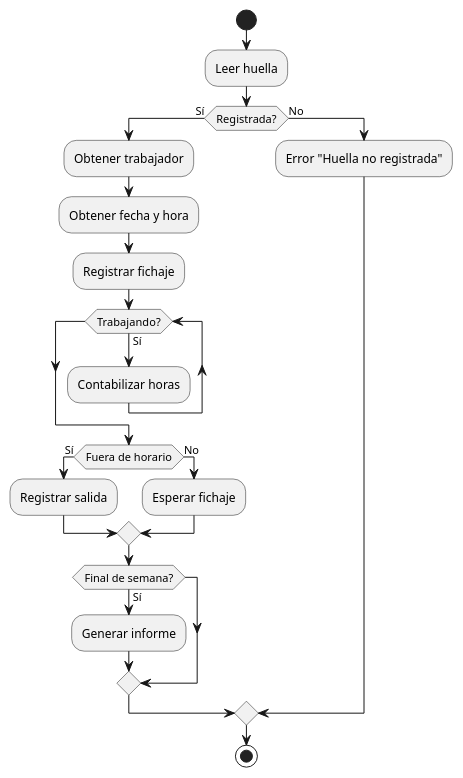
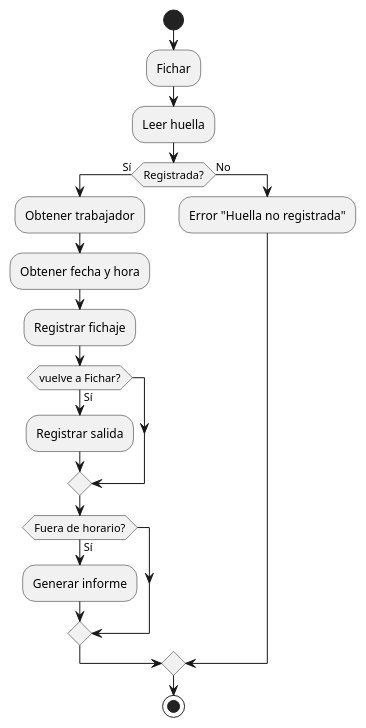
The diagram in modelosUML/modeloDominio/diagramaFlujo.puml (mmasias/23-24-IdSw1-SDR), drawn with PlantUML before and after one commit. The commit also changed 13 other files, not shown here.

Commit message:
modify-README-files-and-diagrams-and-prototipe-images

```diff
--- a/modelosUML/modeloDominio/diagramaFlujo.puml
+++ b/modelosUML/modeloDominio/diagramaFlujo.puml
@@ -1,27 +1,22 @@
-@startuml
+@startuml Diagrama de flujo
 
 start
-
+:Fichar;
 :Leer huella;
 if (Registrada?) then (Sí)
   :Obtener trabajador;
   :Obtener fecha y hora;
   :Registrar fichaje;
-  while (Trabajando?) is (Sí)
-    :Contabilizar horas;
-  endwhile
-  if (Fuera de horario) then (Sí) 
+  if (vuelve a Fichar?) then (Sí) 
     :Registrar salida;
-  else (No)
-    :Esperar fichaje;
   endif
-  if (Final de semana?) then (Sí)
+  if (Fuera de horario?) then (Sí)
     :Generar informe;
   endif
 else (No)
   :Error "Huella no registrada";
 endif
 
 stop
 
 @enduml
```
